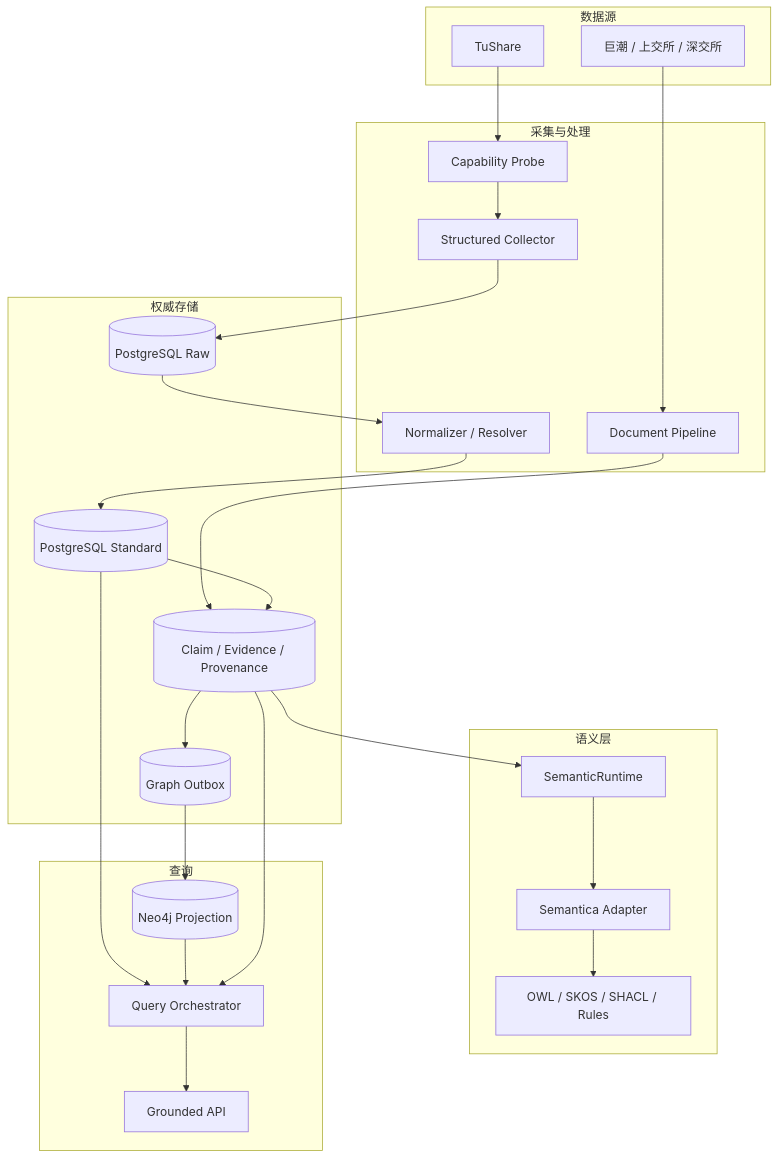
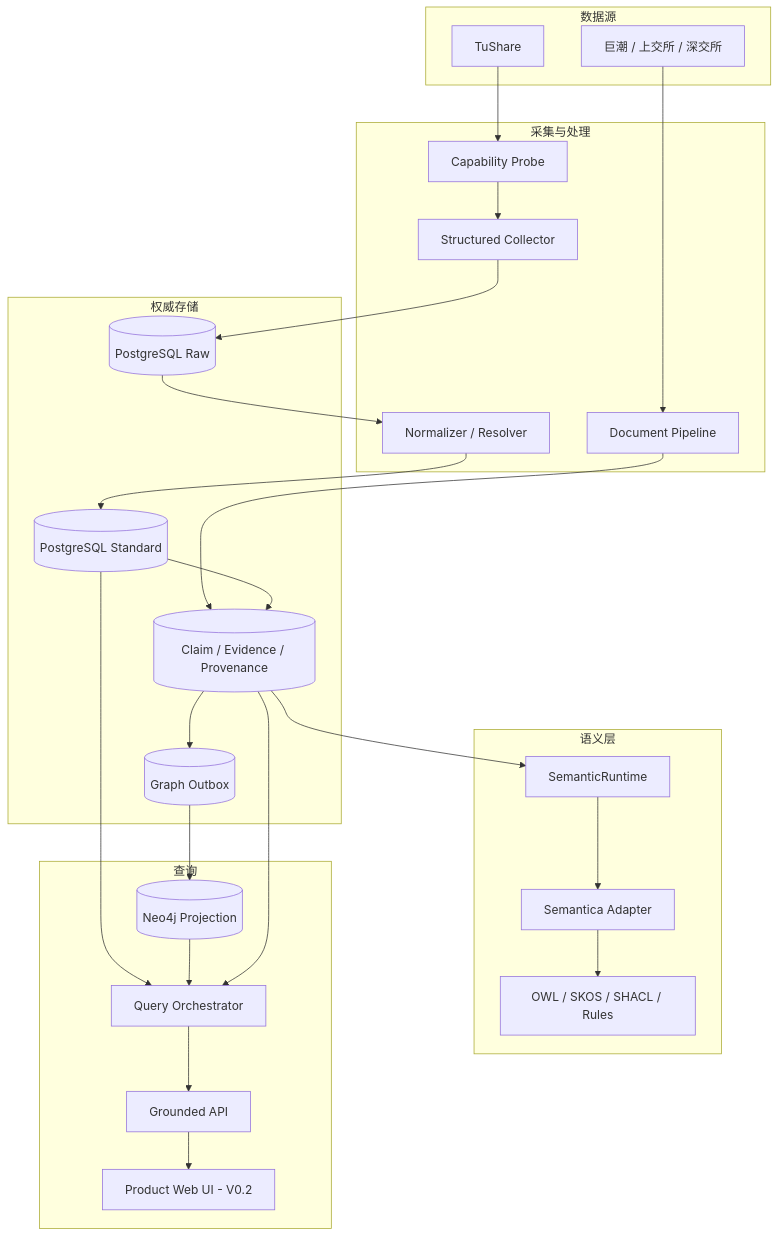
Before and after one commit to davidchen516/ontologyMVP: the diagram in docs/components.md, drawn with Mermaid. The commit also changed other lines of this file and 14 other files, not shown here.

````diff
--- a/docs/components.md
+++ b/docs/components.md
@@ -21,42 +21,43 @@
 ```mermaid
 flowchart TB
     subgraph S[数据源]
       TS[TuShare]
       DISC[巨潮 / 上交所 / 深交所]
     end
 
     subgraph P[采集与处理]
       PROBE[Capability Probe]
       COL[Structured Collector]
       DOC[Document Pipeline]
       NORM[Normalizer / Resolver]
     end
 
     subgraph DB[权威存储]
       RAW[(PostgreSQL Raw)]
       STD[(PostgreSQL Standard)]
       FACT[(Claim / Evidence / Provenance)]
       OUT[(Graph Outbox)]
     end
 
     subgraph SEM[语义层]
       PORT[SemanticRuntime]
       FRAME[Semantica Adapter]
       ASSET[OWL / SKOS / SHACL / Rules]
     end
 
     subgraph Q[查询]
       NEO[(Neo4j Projection)]
       ORCH[Query Orchestrator]
       API[Grounded API]
+      WEB[Product Web UI - V0.2]
     end
 
     TS --> PROBE --> COL --> RAW --> NORM --> STD
     DISC --> DOC --> FACT
     STD --> FACT
     FACT --> PORT --> FRAME --> ASSET
     FACT --> OUT --> NEO
     STD --> ORCH
     NEO --> ORCH
-    FACT --> ORCH --> API
+    FACT --> ORCH --> API --> WEB
 ```
````
